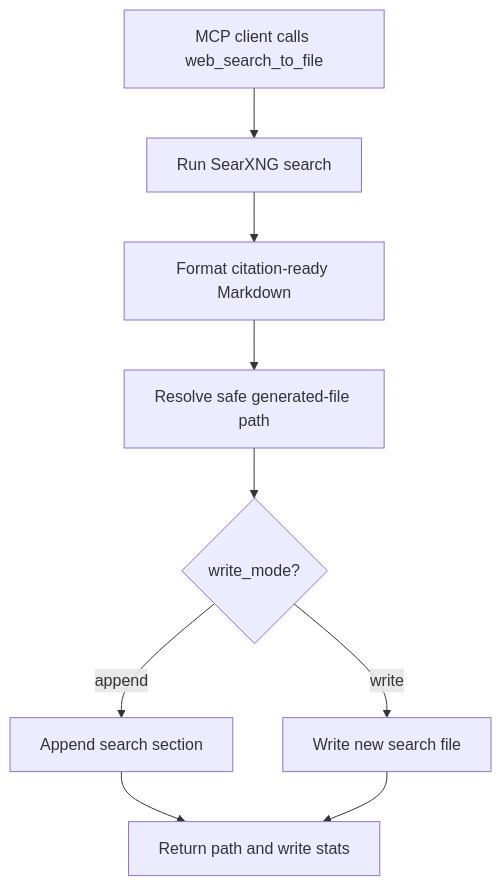
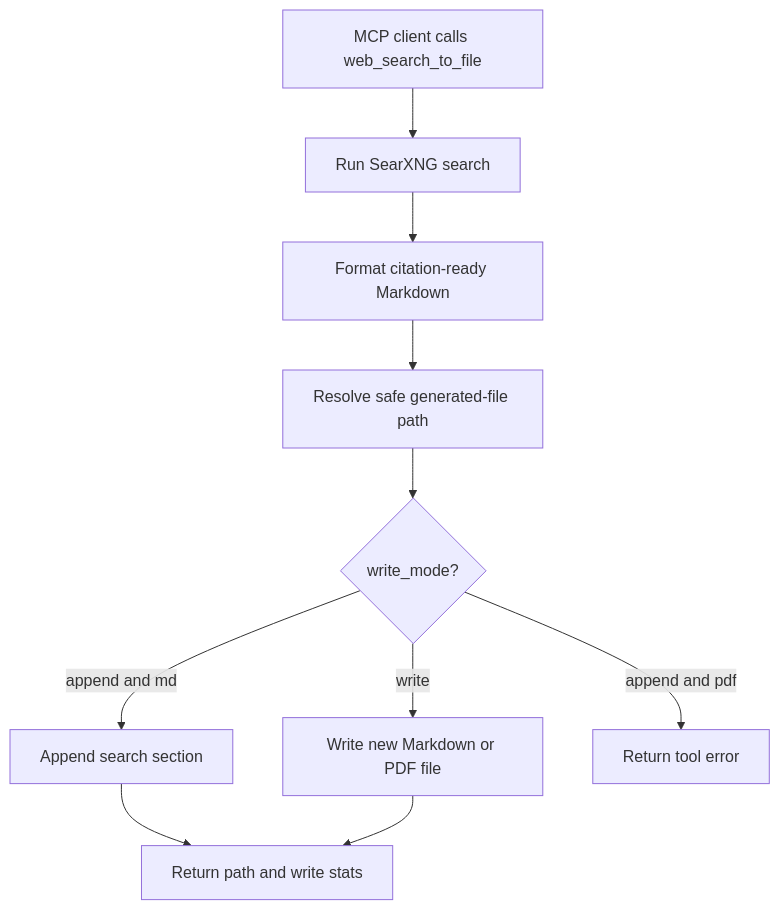
One commit to mymacmeet-crypto/local-mcp changed the diagram in docs/web_search_to_file.md. Above: the diagram before and after it, drawn with Mermaid. The commit also changed other lines of this file and 11 other files, not shown here.

Commit message:
Add PDF support on generate file tool

````diff
--- a/docs/web_search_to_file.md
+++ b/docs/web_search_to_file.md
@@ -9,11 +9,12 @@
 ```mermaid
 flowchart TD
     A[MCP client calls web_search_to_file] --> B[Run SearXNG search]
     B --> C[Format citation-ready Markdown]
     C --> D[Resolve safe generated-file path]
     D --> E{write_mode?}
-    E -->|append| F[Append search section]
-    E -->|write| G[Write new search file]
+    E -->|append and md| F[Append search section]
+    E -->|write| G[Write new Markdown or PDF file]
+    E -->|append and pdf| X[Return tool error]
     F --> H[Return path and write stats]
     G --> H
 ```
````
